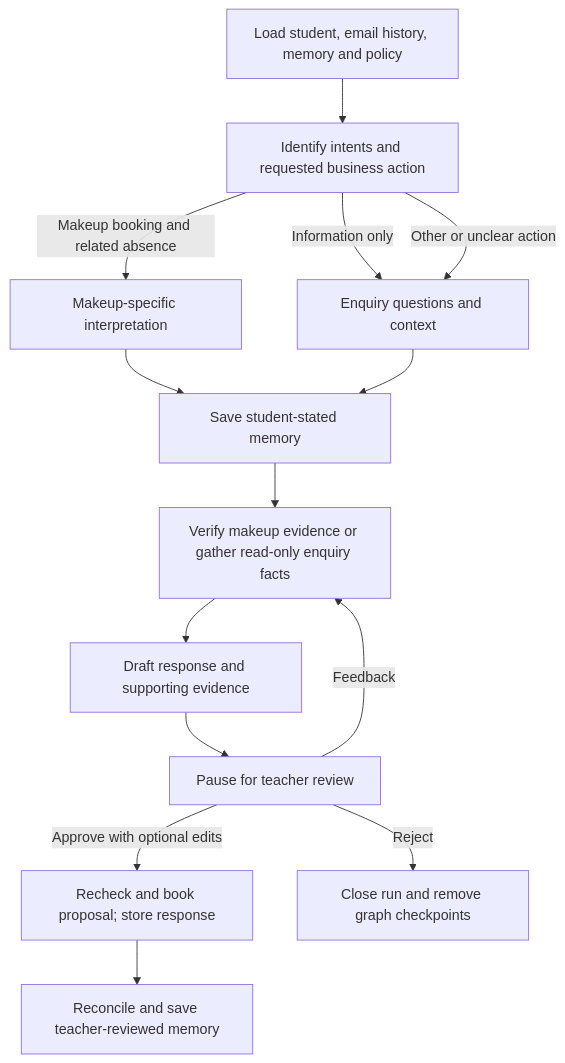
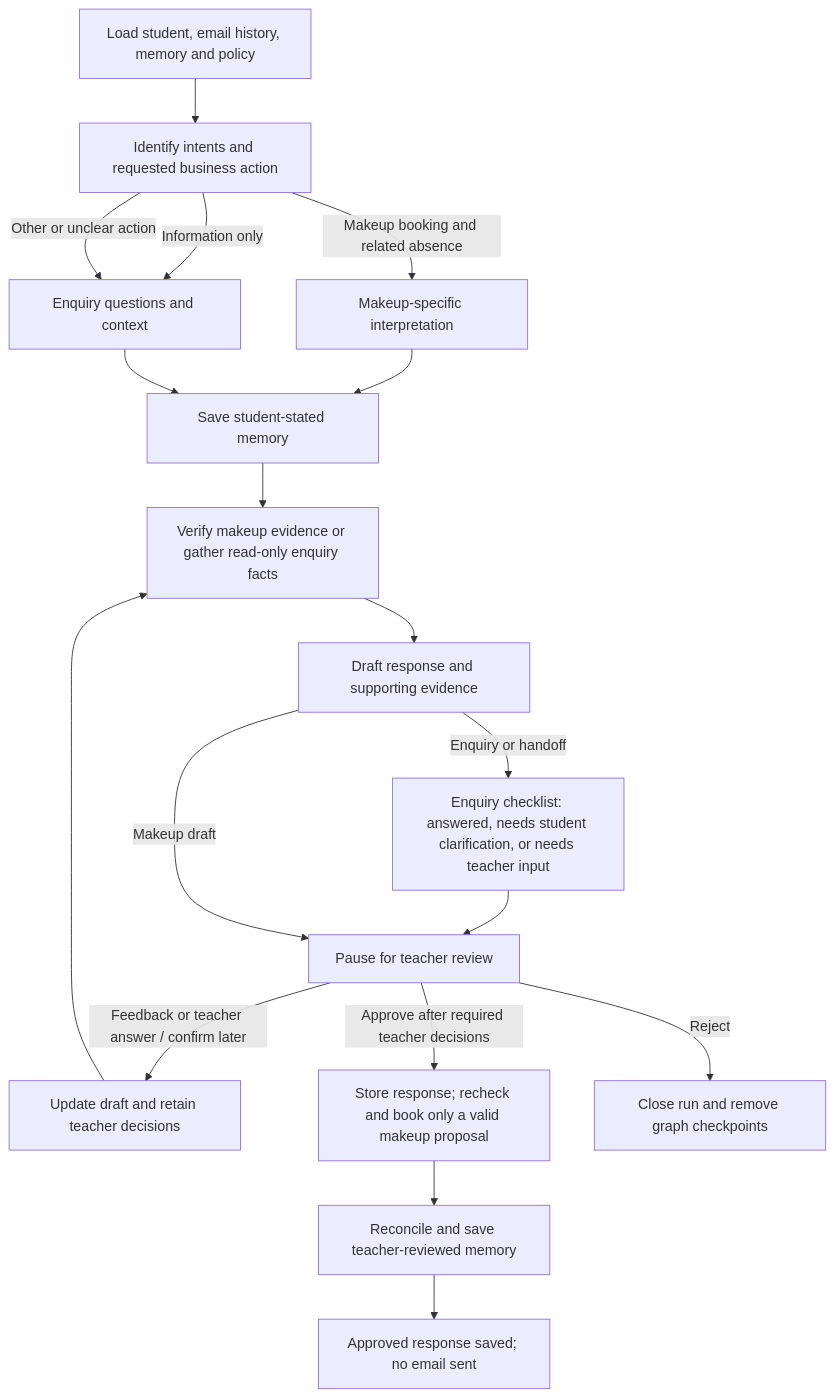
The diagram in docs/03-makeup-workflow.md (manjunjiangclara-cmyk/dance-studio-agent), drawn with Mermaid before and after one commit. The commit also changed other lines of this file and 1 other file, not shown here.

Commit message:
Update enquiry workflow diagram

````diff
--- a/docs/03-makeup-workflow.md
+++ b/docs/03-makeup-workflow.md
@@ -5,16 +7,20 @@
 ```mermaid
 flowchart TD
     A[Load student, email history, memory and policy] --> R[Identify intents and requested business action]
     R -->|Makeup booking and related absence| B[Makeup-specific interpretation]
     R -->|Information only| X[Enquiry questions and context]
     R -->|Other or unclear action| X
     B --> C[Save student-stated memory]
     X --> C
     C --> D[Verify makeup evidence or gather read-only enquiry facts]
     D --> E[Draft response and supporting evidence]
-    E --> F[Pause for teacher review]
-    F -->|Feedback| D
-    F -->|Approve with optional edits| G[Recheck and book proposal; store response]
+    E -->|Enquiry or handoff| K["Enquiry checklist: answered, needs student clarification, or needs teacher input"]
+    K --> F[Pause for teacher review]
+    E -->|Makeup draft| F
+    F -->|Feedback or teacher answer / confirm later| V[Update draft and retain teacher decisions]
+    V --> D
+    F -->|Approve after required teacher decisions| G[Store response; recheck and book only a valid makeup proposal]
     G --> H[Reconcile and save teacher-reviewed memory]
+    H --> J[Approved response saved; no email sent]
     F -->|Reject| I[Close run and remove graph checkpoints]
 ```
````
